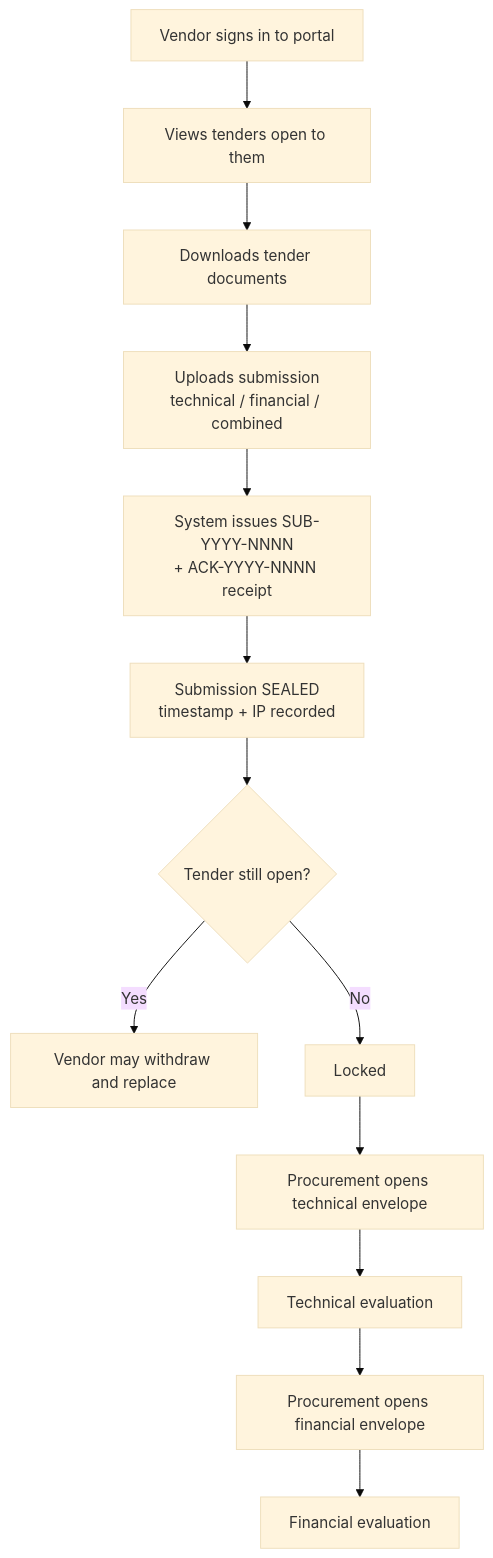
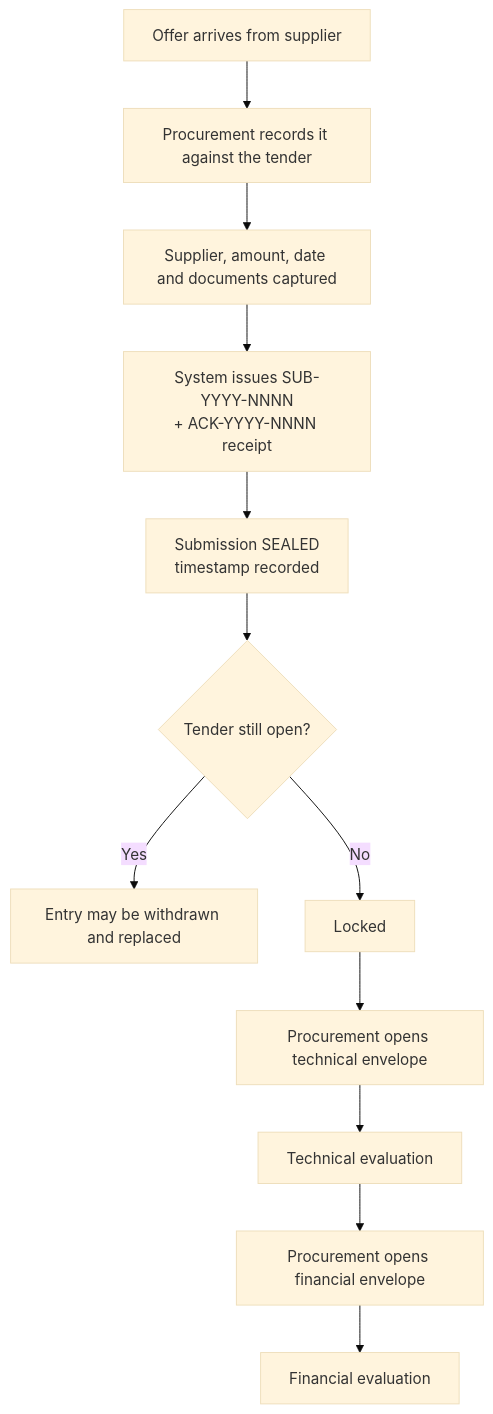
Before and after one commit to Kofi-Yeboah/Aceterpfinalv2copy: the fifth of 10 diagrams in docs/PROCUREMENT-FLOWS.md, drawn with Mermaid (base theme). The commit also changed other lines of this file and 15 other files, not shown here.

````diff
--- a/docs/PROCUREMENT-FLOWS.md
+++ b/docs/PROCUREMENT-FLOWS.md
@@ -362,15 +362,14 @@
 ```mermaid
 flowchart TD
-    A[Vendor signs in to portal] --> B[Views tenders open to them]
-    B --> C[Downloads tender documents]
-    C --> D[Uploads submission<br/>technical / financial / combined]
-    D --> E[System issues SUB-YYYY-NNNN<br/>+ ACK-YYYY-NNNN receipt]
-    E --> F[Submission SEALED<br/>timestamp + IP recorded]
-    F --> G{Tender still open?}
-    G -- Yes --> H[Vendor may withdraw and replace]
-    G -- No --> I[Locked]
-    I --> J[Procurement opens technical envelope]
-    J --> K[Technical evaluation]
-    K --> L[Procurement opens financial envelope]
-    L --> M[Financial evaluation]
+    A[Offer arrives from supplier] --> B[Procurement records it against the tender]
+    B --> C[Supplier, amount, date and documents captured]
+    C --> D[System issues SUB-YYYY-NNNN<br/>+ ACK-YYYY-NNNN receipt]
+    D --> E[Submission SEALED<br/>timestamp recorded]
+    E --> F{Tender still open?}
+    F -- Yes --> G[Entry may be withdrawn and replaced]
+    F -- No --> H[Locked]
+    H --> I[Procurement opens technical envelope]
+    I --> J[Technical evaluation]
+    J --> K[Procurement opens financial envelope]
+    K --> L[Financial evaluation]
 ```
````
